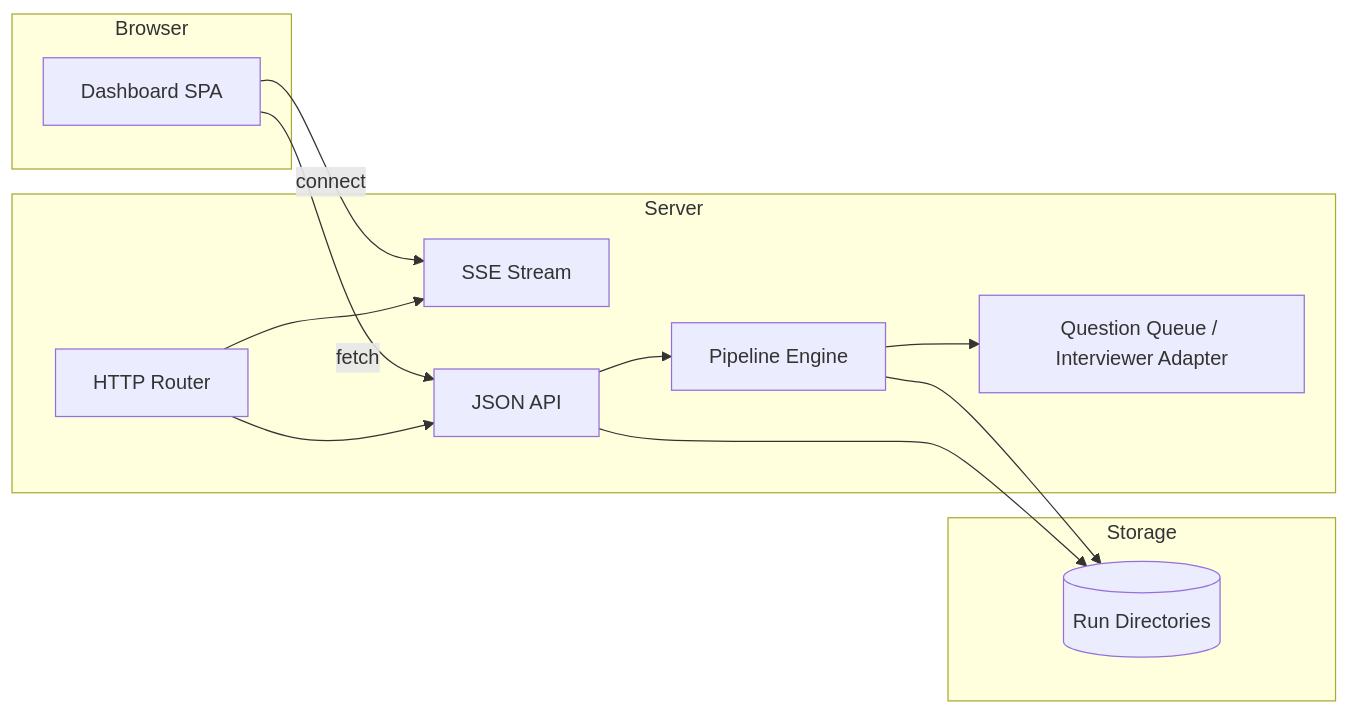
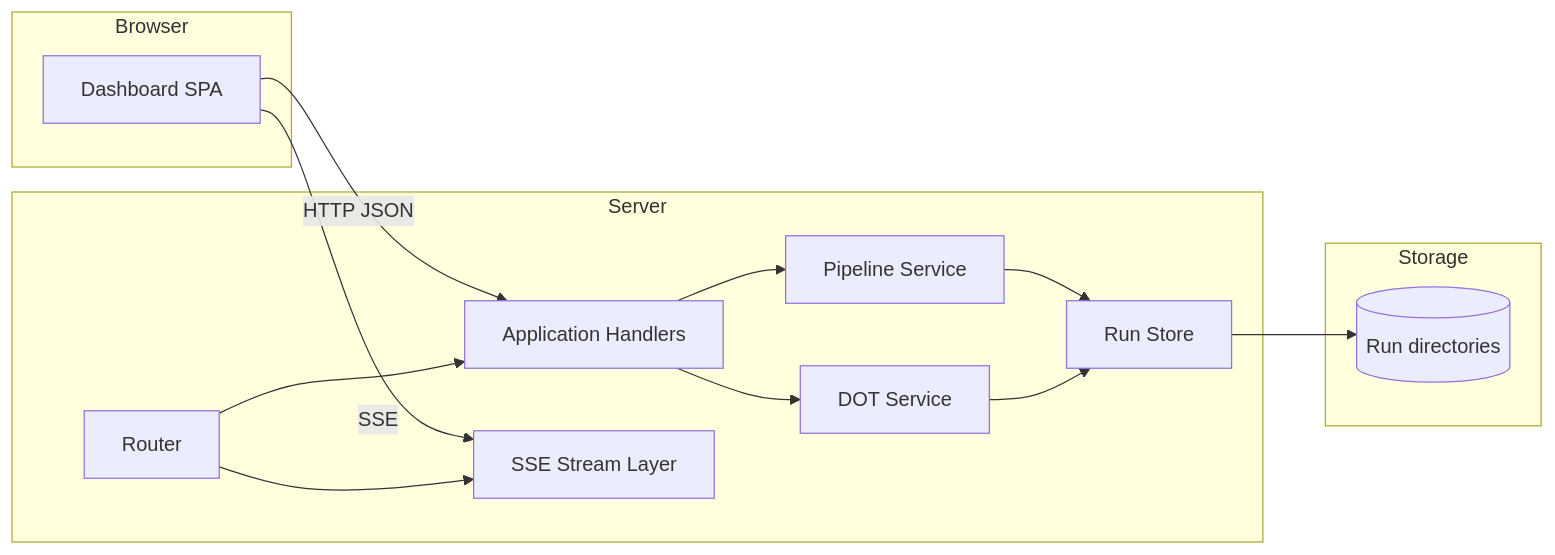
The fifth of 6 diagrams in docs/sprints/SPRINT-002-attractor-php-web-dashboard.md (jaytaylor/attractor-php), drawn with Mermaid before and after one commit. The commit also changed other lines of this file, not shown here.

````diff
--- a/docs/sprints/SPRINT-002-attractor-php-web-dashboard.md
+++ b/docs/sprints/SPRINT-002-attractor-php-web-dashboard.md
@@ -2097,28 +1446,30 @@
 ```mermaid
 %% Source: .scratch/mermaid/SPRINT-002/architecture.mmd
 flowchart LR
   subgraph Browser
     UI[Dashboard SPA]
   end
 
   subgraph Server
-    HTTP[HTTP Router]
-    SSE[SSE Stream]
-    API[JSON API]
-    ENG[Pipeline Engine]
-    Q[Question Queue / Interviewer Adapter]
+    RT[Router]
+    APP[Application Handlers]
+    SSE[SSE Stream Layer]
+    DOT[DOT Service]
+    PIPE[Pipeline Service]
+    STORE[Run Store]
   end
 
   subgraph Storage
-    DISK[(Run Directories)]
+    DISK[(Run directories)]
   end
 
-  UI -->|fetch| API
-  UI -->|connect| SSE
-  HTTP --> API
-  HTTP --> SSE
-  API --> ENG
-  ENG --> Q
-  ENG --> DISK
-  API --> DISK
+  UI -->|HTTP JSON| APP
+  UI -->|SSE| SSE
+  RT --> APP
+  RT --> SSE
+  APP --> DOT
+  APP --> PIPE
+  PIPE --> STORE
+  DOT --> STORE
+  STORE --> DISK
 ```
````
